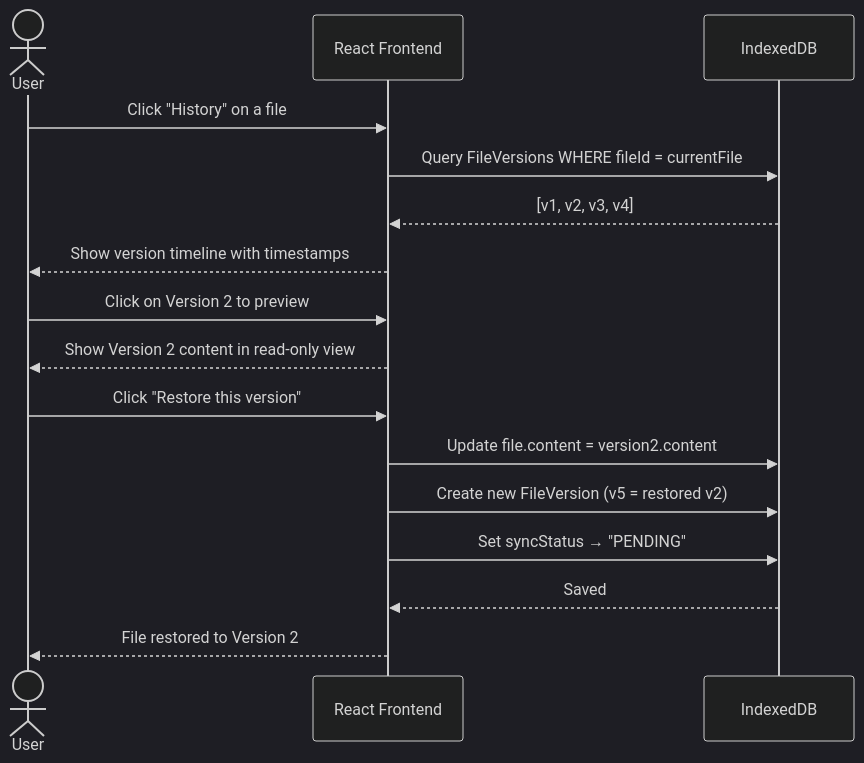
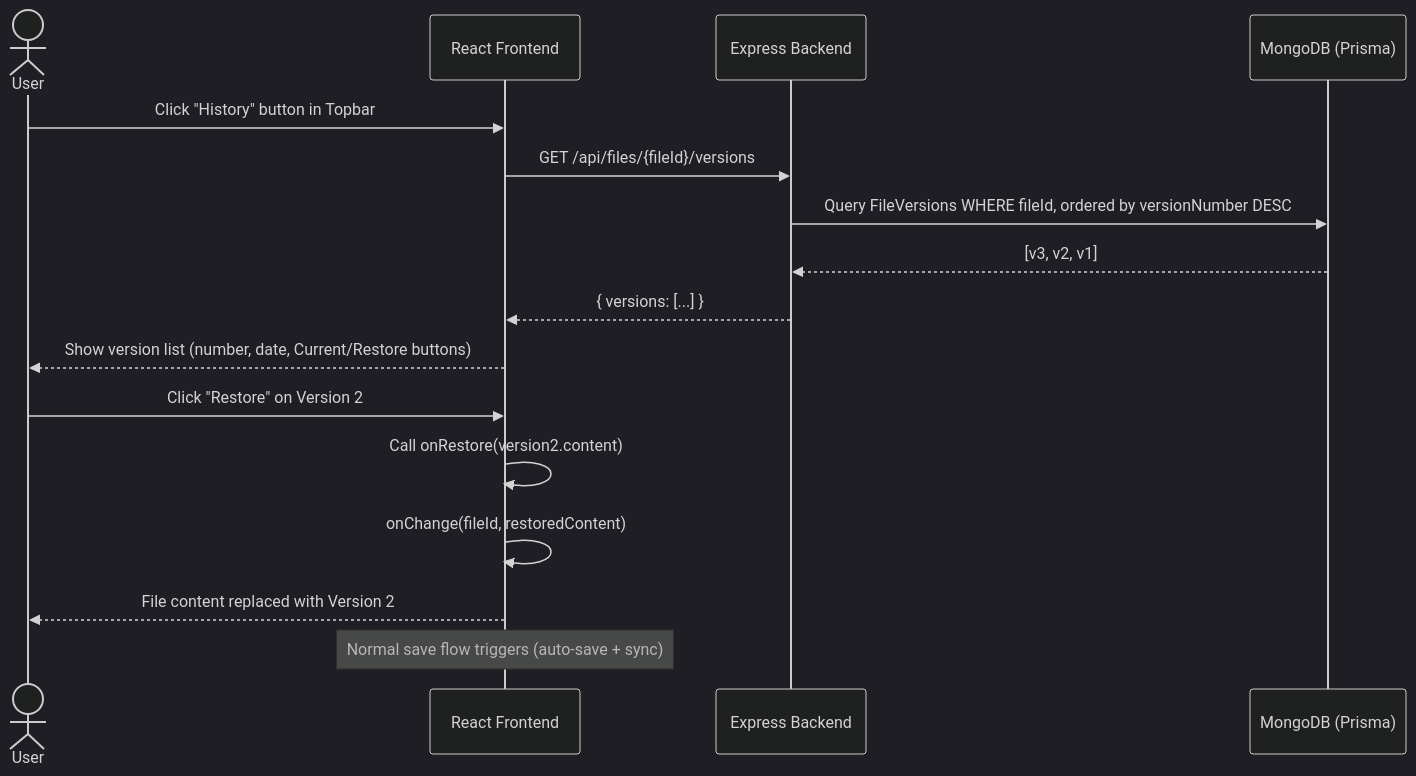
The eighth of 10 diagrams in sequenceDiagram.md (codervipul775/Safar), drawn with Mermaid (dark theme) before and after one commit. The commit also changed other lines of this file and 3 other files, not shown here.

Commit message:
docs: update sequence diagrams to reflect authentication, file management, and synchronization workflows

````diff
--- a/sequenceDiagram.md
+++ b/sequenceDiagram.md
@@ -234,21 +236,20 @@
 ```mermaid
 sequenceDiagram
     actor User
     participant UI as React Frontend
-    participant IDB as IndexedDB
+    participant API as Express Backend
+    participant DB as MongoDB (Prisma)
 
-    User->>UI: Click "History" on a file
-    UI->>IDB: Query FileVersions WHERE fileId = currentFile
-    IDB-->>UI: [v1, v2, v3, v4]
-    UI-->>User: Show version timeline with timestamps
+    User->>UI: Click "History" button in Topbar
+    UI->>API: GET /api/files/{fileId}/versions
+    API->>DB: Query FileVersions WHERE fileId, ordered by versionNumber DESC
+    DB-->>API: [v3, v2, v1]
+    API-->>UI: { versions: [...] }
+    UI-->>User: Show version list (number, date, Current/Restore buttons)
 
-    User->>UI: Click on Version 2 to preview
-    UI-->>User: Show Version 2 content in read-only view
-
-    User->>UI: Click "Restore this version"
-    UI->>IDB: Update file.content = version2.content
-    UI->>IDB: Create new FileVersion (v5 = restored v2)
-    UI->>IDB: Set syncStatus → "PENDING"
-    IDB-->>UI: Saved
-    UI-->>User: File restored to Version 2
+    User->>UI: Click "Restore" on Version 2
+    UI->>UI: Call onRestore(version2.content)
+    UI->>UI: onChange(fileId, restoredContent)
+    UI-->>User: File content replaced with Version 2
+    Note over UI: Normal save flow triggers (auto-save + sync)
 ```
````
